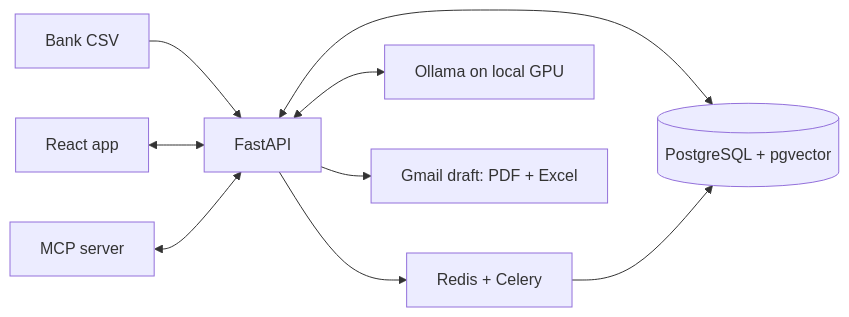
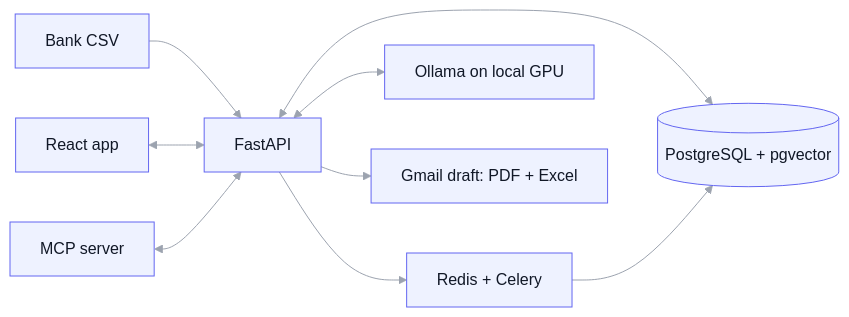
The diagram in README.md (igorkotlarz1/skarbonka), drawn with Mermaid before and after one commit. The commit also changed other lines of this file and 10 other files, not shown here.

````diff
--- a/README.md
+++ b/README.md
@@ -30,11 +30,13 @@
 ```mermaid
+%%{init: {'theme': 'base', 'themeVariables': {'background': '#ffffff', 'primaryColor': '#eef2ff', 'primaryTextColor': '#111827', 'primaryBorderColor': '#6366f1', 'lineColor': '#9ca3af', 'edgeLabelBackground': '#ffffff'}}}%%
 flowchart LR
+    classDef node fill:#eef2ff,stroke:#6366f1,color:#111827
     CSV[Bank CSV] --> API[FastAPI]
     UI[React app] <--> API
     API <--> DB[(PostgreSQL + pgvector)]
     API --> Q[Redis + Celery]
     Q --> DB
     API <--> LLM[Ollama on local GPU]
     MCP[MCP server] <--> API
     API --> Mail[Gmail draft: PDF + Excel]
 ```
````
